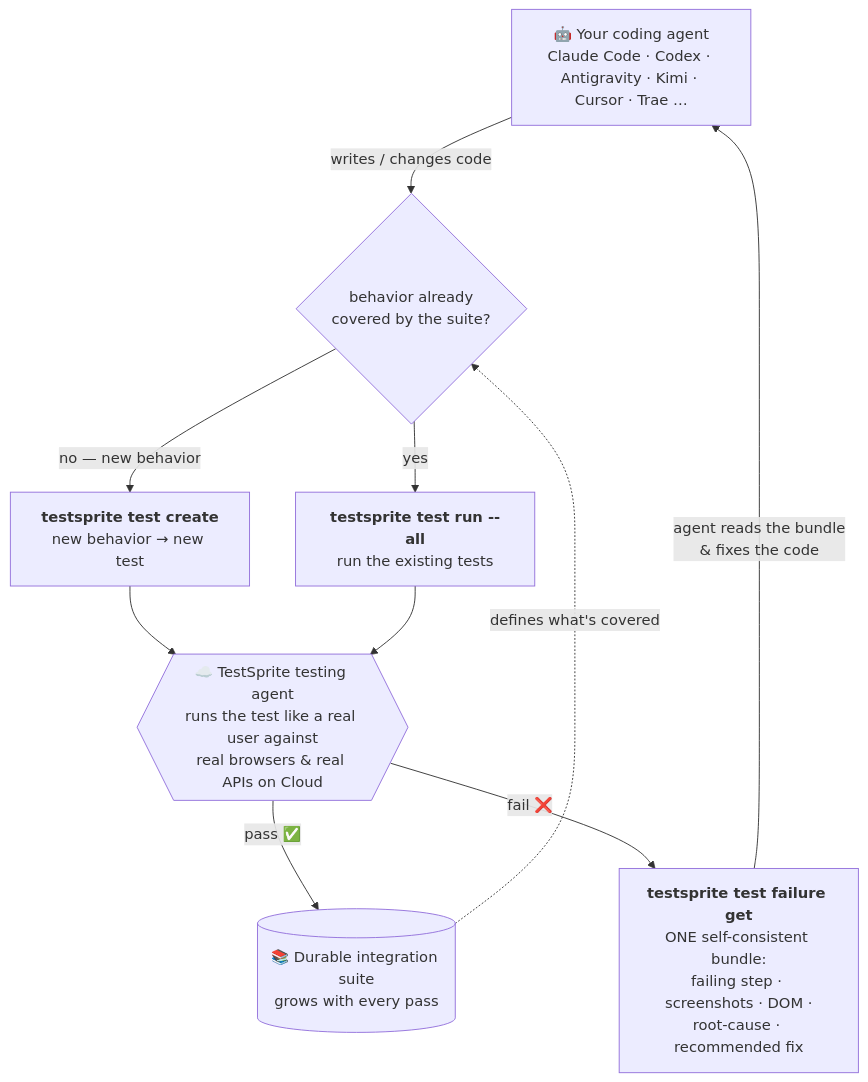
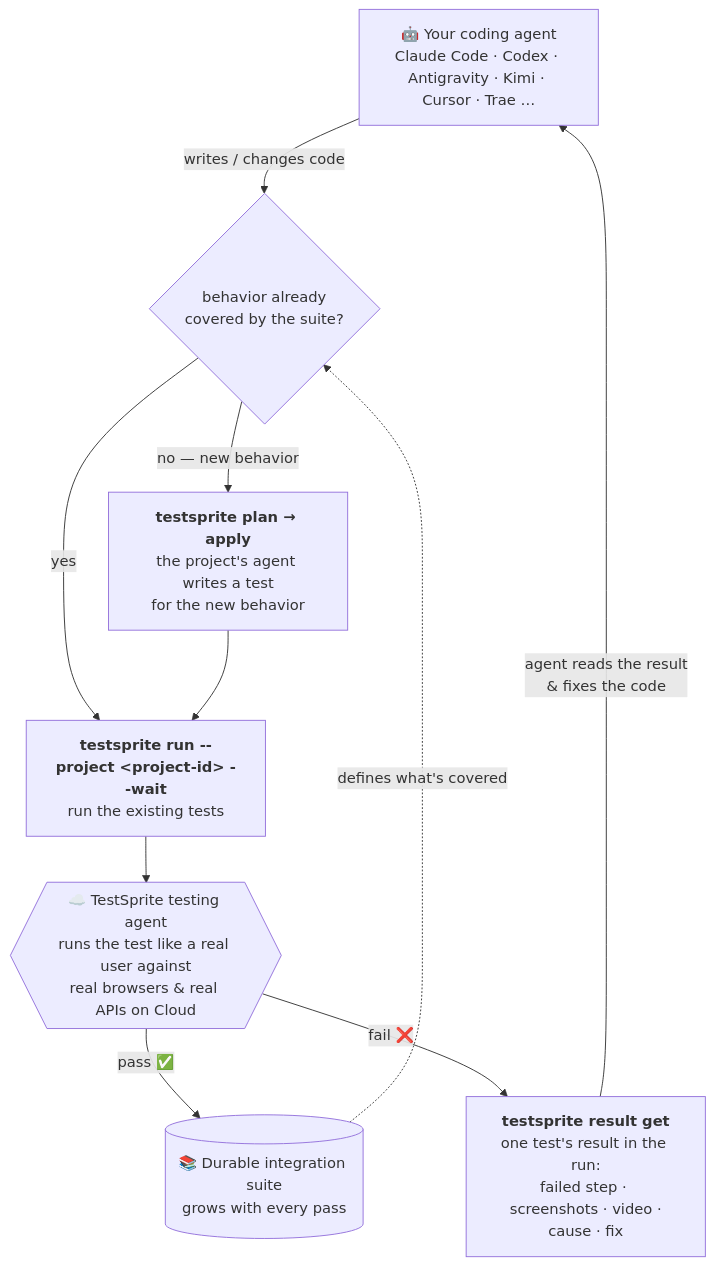
The diagram in data/readmes/TestSprite__testsprite-cli.md (zqf20096327/ai_collect), drawn with Mermaid before and after one commit. The commit also changed other lines of this file and 1946 other files, not shown here.

````diff
--- a/data/readmes/TestSprite__testsprite-cli.md
+++ b/data/readmes/TestSprite__testsprite-cli.md
@@ -243,20 +145,20 @@
 ```mermaid
 flowchart TD
     A["🤖 Your coding agent<br/>Claude Code · Codex · Antigravity · Kimi · Cursor · Trae …"]
     D{"behavior already<br/>covered by the suite?"}
-    B["<b>testsprite test create</b><br/>new behavior → new test"]
-    R["<b>testsprite test run --all</b><br/>run the existing tests"]
+    B["<b>testsprite plan → apply</b><br/>the project's agent writes a test<br/>for the new behavior"]
+    R["<b>testsprite run --project &lt;project-id&gt; --wait</b><br/>run the existing tests"]
     C{{"☁️ TestSprite testing agent<br/>runs the test like a real user against<br/>real browsers & real APIs on Cloud"}}
-    F["<b>testsprite test failure get</b><br/>ONE self-consistent bundle:<br/>failing step · screenshots · DOM ·<br/>root-cause · recommended fix"]
+    F["<b>testsprite result get</b><br/>one test's result in the run:<br/>failed step · screenshots · video ·<br/>cause · fix"]
     S[("📚 Durable integration suite<br/>grows with every pass")]
 
     A -->|"writes / changes code"| D
     D -->|"no — new behavior"| B
     D -->|"yes"| R
-    B --> C
+    B --> R
     R --> C
     C -->|"pass ✅"| S
     C -->|"fail ❌"| F
-    F -->|"agent reads the bundle<br/>& fixes the code"| A
+    F -->|"agent reads the result<br/>& fixes the code"| A
     S -.->|"defines what's covered"| D
 ```
````
